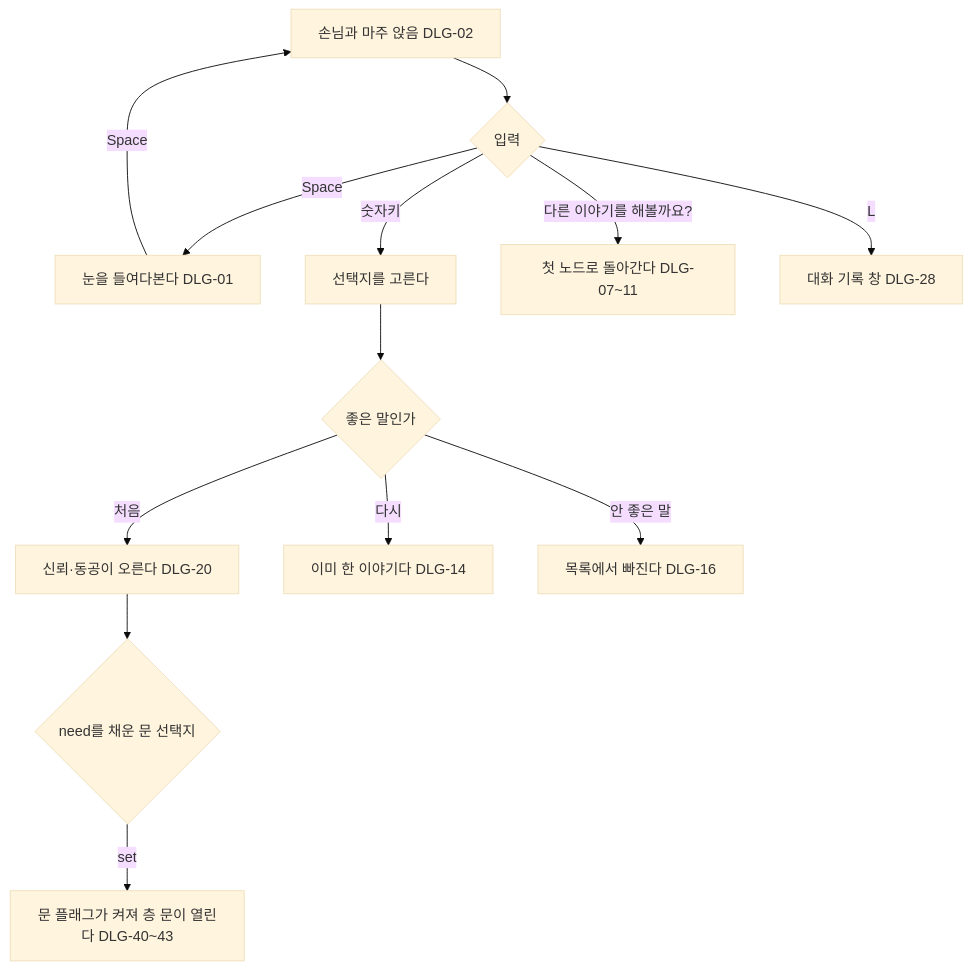
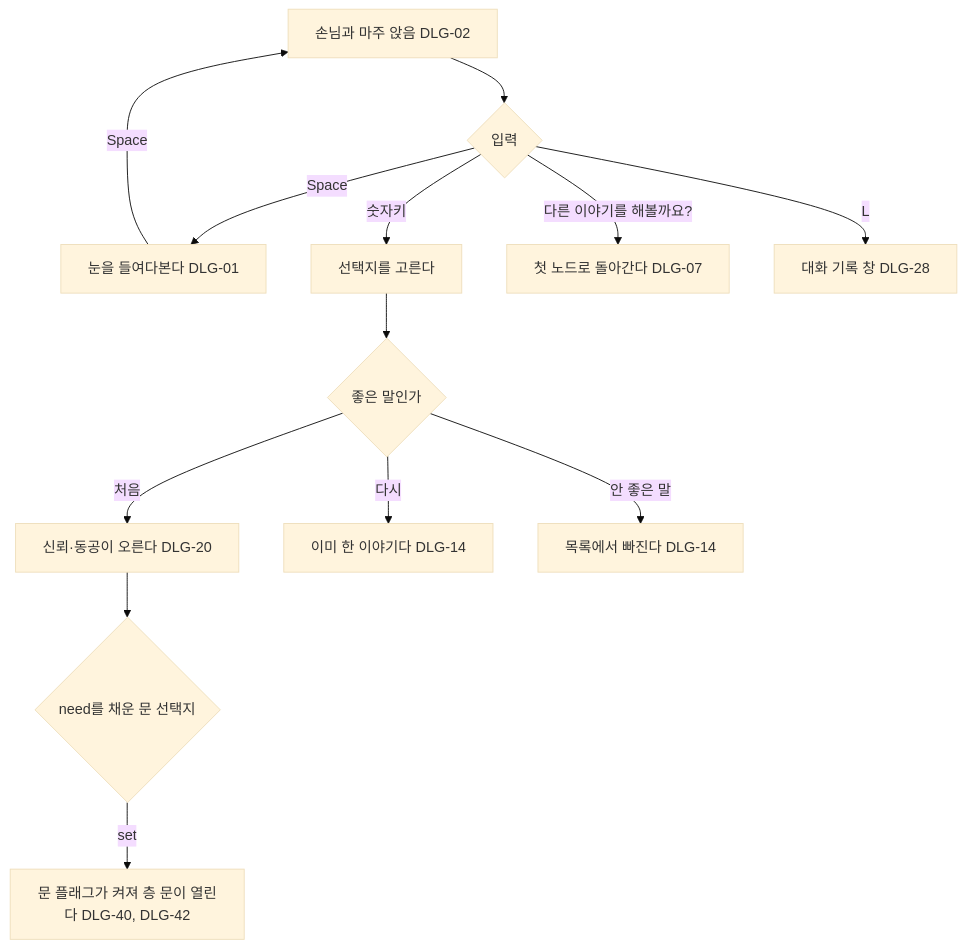
Before and after one commit to xpaklove12-lang/Corner1: the diagram in docs/specs/dialogue.md, drawn with Mermaid (base theme). The commit also changed other lines of this file and 48 other files, not shown here.

````diff
--- a/docs/specs/dialogue.md
+++ b/docs/specs/dialogue.md
@@ -9,15 +9,15 @@
 ```mermaid
 flowchart TD
     A[손님과 마주 앉음 DLG-02] --> B{입력}
     B -->|Space| C[눈을 들여다본다 DLG-01]
     C -->|Space| A
     B -->|숫자키| D[선택지를 고른다]
     D --> E{좋은 말인가}
     E -->|처음| F[신뢰·동공이 오른다 DLG-20]
     E -->|다시| G["이미 한 이야기다 DLG-14"]
-    E -->|안 좋은 말| H[목록에서 빠진다 DLG-16]
+    E -->|안 좋은 말| H[목록에서 빠진다 DLG-14]
     F --> I{need를 채운 문 선택지}
-    I -->|set| J[문 플래그가 켜져 층 문이 열린다 DLG-40~43]
-    B -->|"다른 이야기를 해볼까요?"| K[첫 노드로 돌아간다 DLG-07~11]
+    I -->|set| J[문 플래그가 켜져 층 문이 열린다 DLG-40, DLG-42]
+    B -->|"다른 이야기를 해볼까요?"| K[첫 노드로 돌아간다 DLG-07]
     B -->|L| L[대화 기록 창 DLG-28]
 ```
````
